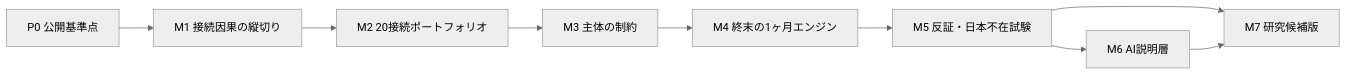
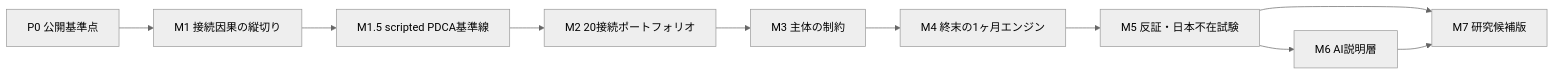
The diagram in ROADMAP.md (nexus-ai-2045/quiet-orchestrator-japan), drawn with Mermaid (neutral theme) before and after one commit. The commit also changed other lines of this file and 18 other files, not shown here.

````diff
--- a/ROADMAP.md
+++ b/ROADMAP.md
@@ -28,11 +28,12 @@
 ```mermaid
 flowchart LR
     p0["P0 公開基準点"] --> m1["M1 接続因果の縦切り"]
-    m1 --> m2["M2 20接続ポートフォリオ"]
+    m1 --> m15["M1.5 scripted PDCA基準線"]
+    m15 --> m2["M2 20接続ポートフォリオ"]
     m2 --> m3["M3 主体の制約"]
     m3 --> m4["M4 終末の1ヶ月エンジン"]
     m4 --> m5["M5 反証・日本不在試験"]
     m5 --> m6["M6 AI説明層"]
     m5 --> m7["M7 研究候補版"]
     m6 --> m7
 ```
````
